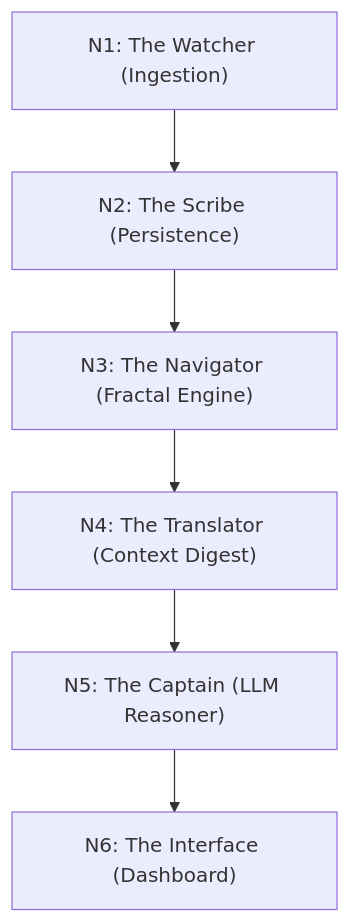
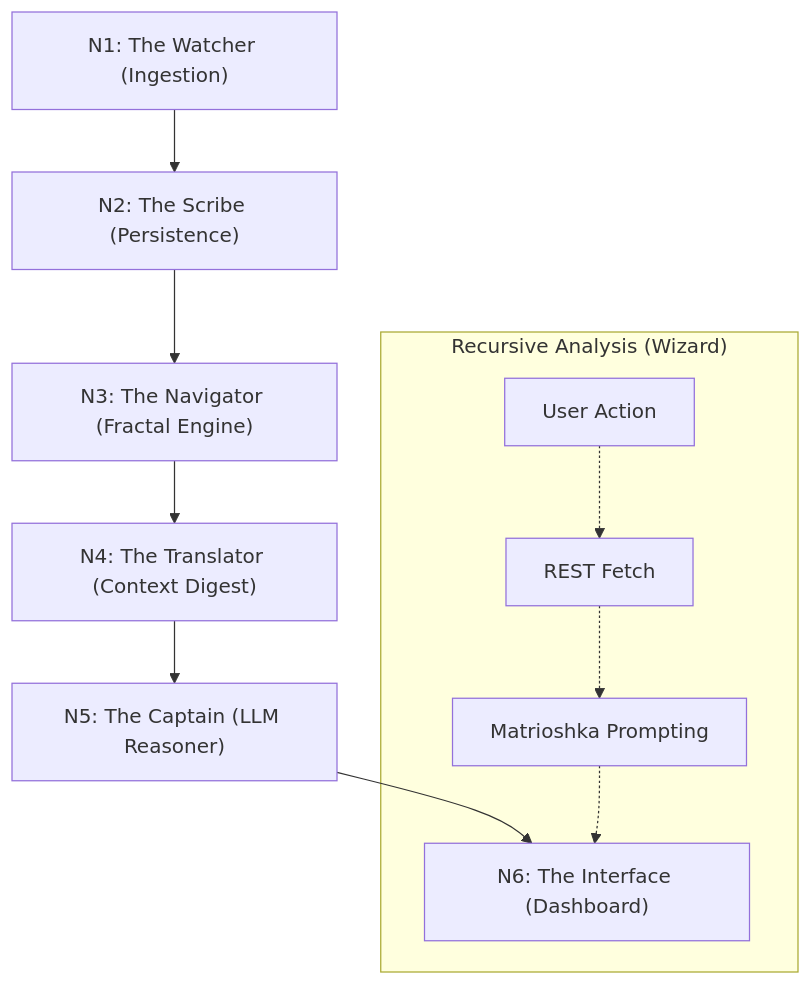
The diagram in docs/flows/trading-bot/flow-map.md (jorgesalica/flow-sample), drawn with Mermaid before and after one commit. The commit also changed other lines of this file and 2 other files, not shown here.

````diff
--- a/docs/flows/trading-bot/flow-map.md
+++ b/docs/flows/trading-bot/flow-map.md
@@ -7,8 +7,14 @@
 ```mermaid
 graph TD
     N1["N1: The Watcher (Ingestion)"] --> N2["N2: The Scribe (Persistence)"]
     N2 --> N3["N3: The Navigator (Fractal Engine)"]
     N3 --> N4["N4: The Translator (Context Digest)"]
     N4 --> N5["N5: The Captain (LLM Reasoner)"]
     N5 --> N6["N6: The Interface (Dashboard)"]
+
+    subgraph "Recursive Analysis (Wizard)"
+        W1[User Action] -.-> W2[REST Fetch]
+        W2 -.-> W3[Matrioshka Prompting]
+        W3 -.-> N6
+    end
 ```
````
